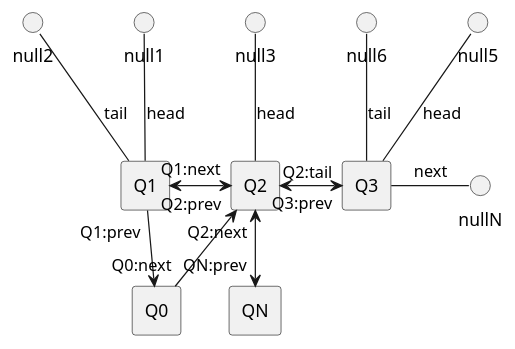
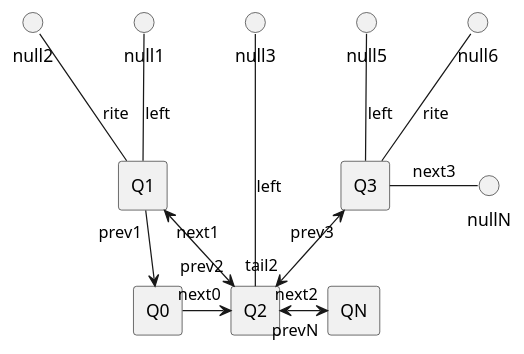
One commit to vitalispopoff/calculator changed the diagram in src/docs/UML/convertToLocalTree/05.puml. Above: the diagram before and after it, drawn with PlantUML. The commit also changed 20 other files, not shown here.

```diff
--- a/src/docs/UML/convertToLocalTree/05.puml
+++ b/src/docs/UML/convertToLocalTree/05.puml
@@ -1,31 +1,32 @@
 @startuml
 
 rectangle Q0
 
 rectangle Q1
 rectangle Q2
 rectangle Q3
 
 rectangle QN
 
-Q0 <-up- "Q1:prev" Q1
+Q0 <-up- "prev1" Q1
 
-Q1  -up-() null2:tail
-Q1  -up-() null1:head
+Q1  -up-() null2:"rite"
+Q1  -up-() null1:"left"
 
-Q0 "Q0:next" -up-> Q2
-Q1 "Q1:next" <--right--> "Q2:prev" Q2
+Q0 "next0" -right-> Q2
 
-Q2  -up-() null3:head
+Q1 "next1" <-down-> "prev2" Q2
 
-Q2 "Q2:tail" <-right-> "Q3:prev" Q3
+Q2  --up-() null3:"left"
 
-Q2 "Q2:next" <-down-> "QN:prev" QN
+Q2 "tail2" <-up-> "prev3" Q3
 
-Q3  -up-() null6:tail
-Q3  -up-() null5:head
+Q2 "next2" <-right-> "prevN" QN
 
-Q3  -right-() nullN:next
+Q3  -up-() null6:"rite"
+Q3  -up-() null5:"left"
+Q3  -right-() nullN:next3
 
+Q3 -[hidden]- QN
 
 @enduml
```
